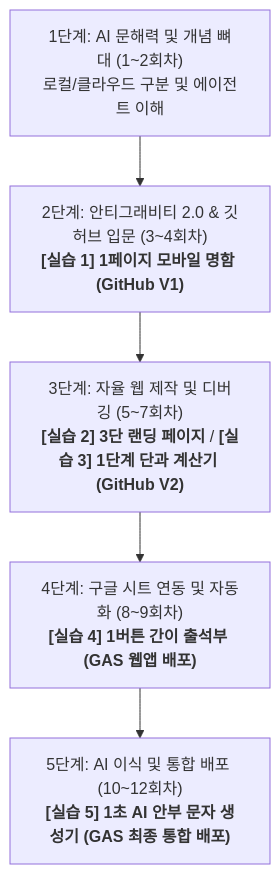
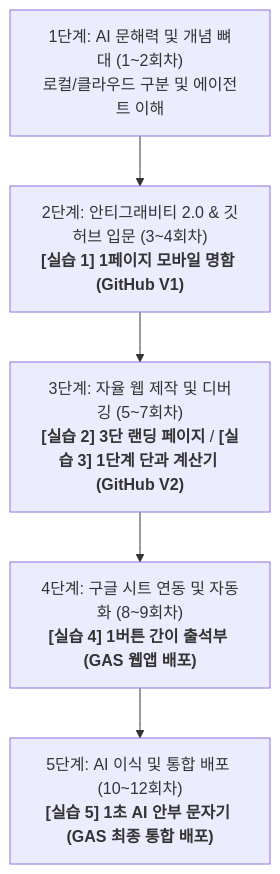
Before and after one commit to AI-aca/AIEdu: the diagram in AI_Education_Curriculum_12Weeks.md, drawn with Mermaid. The commit also changed other lines of this file, not shown here.

````diff
--- a/AI_Education_Curriculum_12Weeks.md
+++ b/AI_Education_Curriculum_12Weeks.md
@@ -11,7 +11,7 @@
 ```mermaid
 graph TD
     A["1단계: AI 문해력 및 개념 뼈대 (1~2회차)<br>로컬/클라우드 구분 및 에이전트 이해"] --> B["2단계: 안티그래비티 2.0 & 깃허브 입문 (3~4회차)<br><b>[실습 1] 1페이지 모바일 명함 (GitHub V1)</b>"]
     B --> C["3단계: 자율 웹 제작 및 디버깅 (5~7회차)<br><b>[실습 2] 3단 랜딩 페이지</b> / <b>[실습 3] 1단계 단과 계산기 (GitHub V2)</b>"]
     C --> D["4단계: 구글 시트 연동 및 자동화 (8~9회차)<br><b>[실습 4] 1버튼 간이 출석부 (GAS 웹앱 배포)</b>"]
-    D --> E["5단계: AI 이식 및 통합 배포 (10~12회차)<br><b>[실습 5] 1초 AI 안부 문자 생성기 (GAS 최종 통합 배포)</b>"]
+    D --> E["5단계: AI 이식 및 통합 배포 (10~12회차)<br><b>[실습 5] 1초 AI 안부 문자기 (GAS 최종 통합 배포)</b>"]
 ```
````
